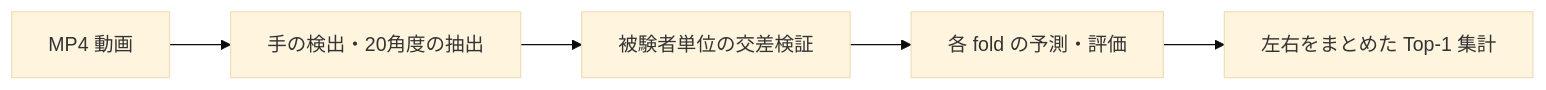
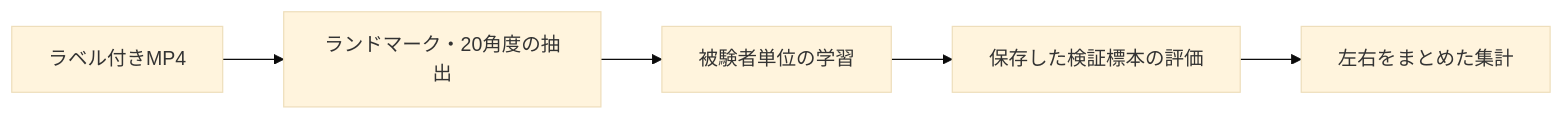
Before and after one commit to 31916/syukei_recognize: the diagram in README.md, drawn with Mermaid (base theme). The commit also changed other lines of this file and 21 other files, not shown here.

````diff
--- a/README.md
+++ b/README.md
@@ -11,7 +64,7 @@
 ```mermaid
 flowchart LR
-    A[MP4 動画] --> B[手の検出・20角度の抽出]
-    B --> C[被験者単位の交差検証]
-    C --> D[各 fold の予測・評価]
-    D --> E[左右をまとめた Top-1 集計]
+    A[ラベル付きMP4] --> B[ランドマーク・20角度の抽出]
+    B --> C[被験者単位の学習]
+    C --> D[保存した検証標本の評価]
+    D --> E[左右をまとめた集計]
 ```
````
